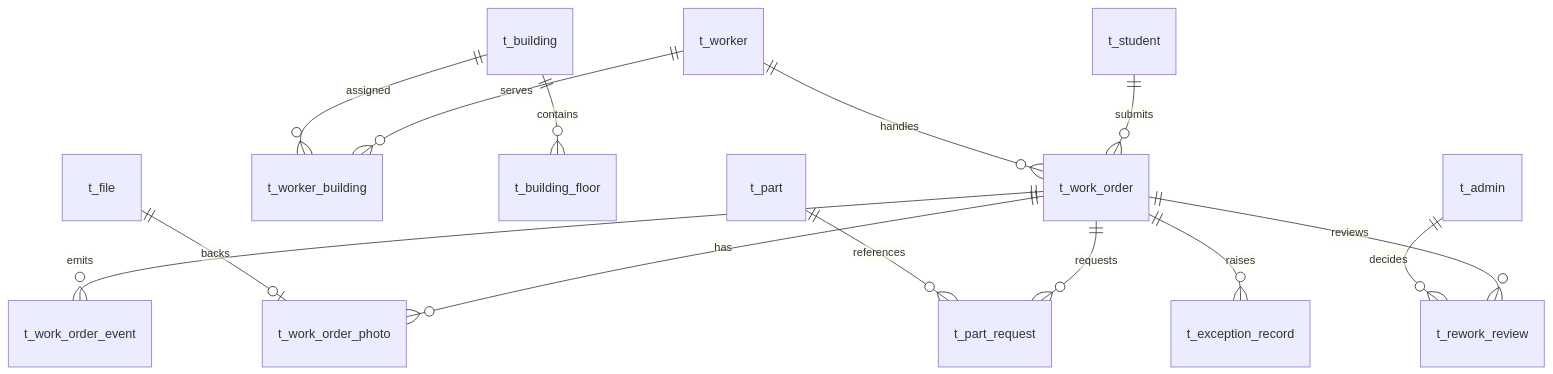
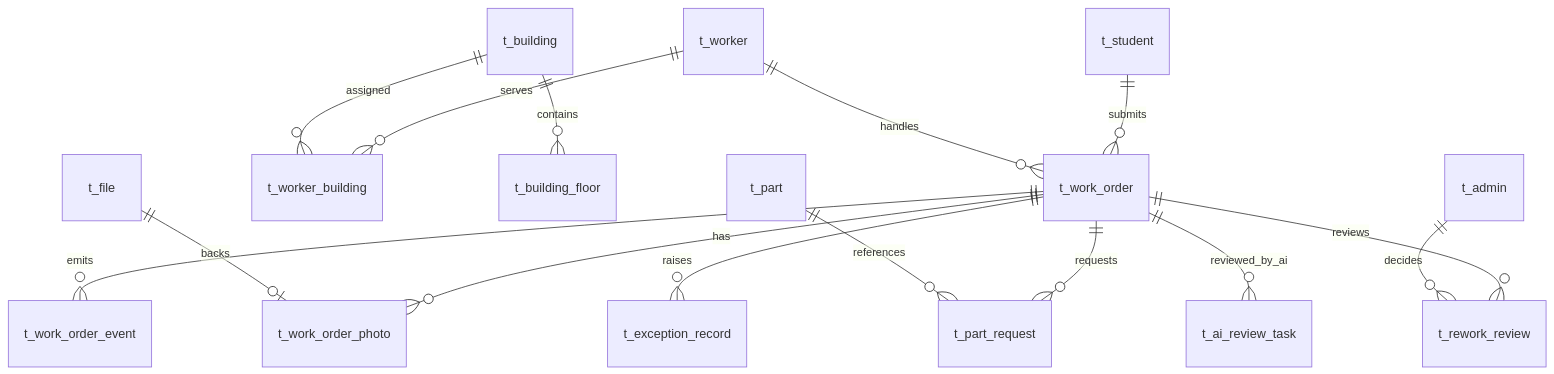
Before and after one commit to zengxiangpeng123/dorm-repair: the diagram in docs/03_系统设计/系统开发设计/05-数据库表设计.md, drawn with Mermaid. The commit also changed other lines of this file and 35 other files, not shown here.

````diff
--- a/docs/03_系统设计/系统开发设计/05-数据库表设计.md
+++ b/docs/03_系统设计/系统开发设计/05-数据库表设计.md
@@ -59,16 +60,17 @@
 ```mermaid
 erDiagram
   t_student ||--o{ t_work_order : submits
   t_worker ||--o{ t_work_order : handles
   t_worker ||--o{ t_worker_building : serves
   t_building ||--o{ t_worker_building : assigned
   t_building ||--o{ t_building_floor : contains
   t_work_order ||--o{ t_work_order_event : emits
   t_work_order ||--o{ t_work_order_photo : has
   t_file ||--o| t_work_order_photo : backs
   t_work_order ||--o{ t_part_request : requests
   t_part ||--o{ t_part_request : references
   t_work_order ||--o{ t_rework_review : reviews
   t_admin ||--o{ t_rework_review : decides
   t_work_order ||--o{ t_exception_record : raises
+  t_work_order ||--o{ t_ai_review_task : reviewed_by_ai
 ```
````
